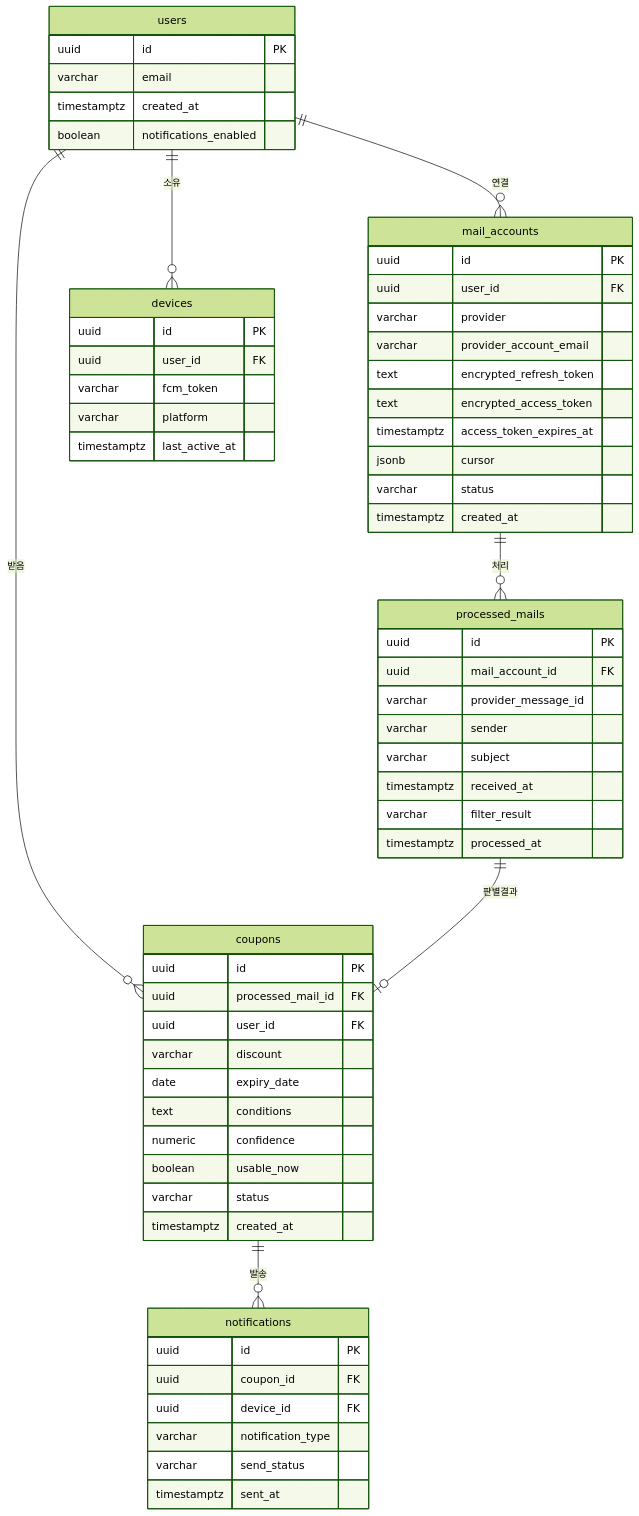
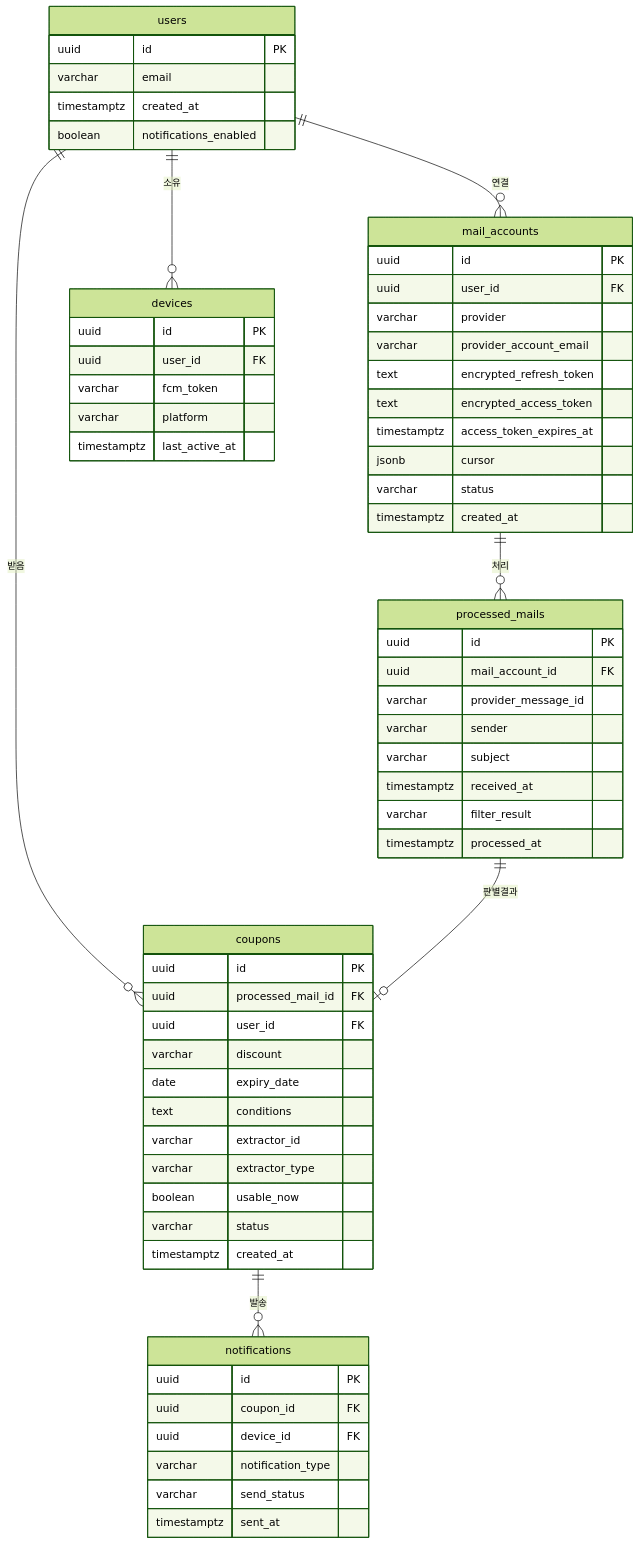
One commit to codingKermit/Coupi changed the diagram in docs/03-API-DB-스펙.md. Above: the diagram before and after it, drawn with Mermaid (forest theme). The commit also changed other lines of this file and 8 other files, not shown here.

````diff
--- a/docs/03-API-DB-스펙.md
+++ b/docs/03-API-DB-스펙.md
@@ -9,65 +9,66 @@
 ```mermaid
 erDiagram
     users ||--o{ mail_accounts : "연결"
     users ||--o{ devices : "소유"
     users ||--o{ coupons : "받음"
     mail_accounts ||--o{ processed_mails : "처리"
     processed_mails ||--o| coupons : "판별결과"
     coupons ||--o{ notifications : "발송"
 
     users {
         uuid id PK
         varchar email
         timestamptz created_at
         boolean notifications_enabled
     }
     mail_accounts {
         uuid id PK
         uuid user_id FK
         varchar provider
         varchar provider_account_email
         text encrypted_refresh_token
         text encrypted_access_token
         timestamptz access_token_expires_at
         jsonb cursor
         varchar status
         timestamptz created_at
     }
     processed_mails {
         uuid id PK
         uuid mail_account_id FK
         varchar provider_message_id
         varchar sender
         varchar subject
         timestamptz received_at
         varchar filter_result
         timestamptz processed_at
     }
     coupons {
         uuid id PK
         uuid processed_mail_id FK
         uuid user_id FK
         varchar discount
         date expiry_date
         text conditions
-        numeric confidence
+        varchar extractor_id
+        varchar extractor_type
         boolean usable_now
         varchar status
         timestamptz created_at
     }
     devices {
         uuid id PK
         uuid user_id FK
         varchar fcm_token
         varchar platform
         timestamptz last_active_at
     }
     notifications {
         uuid id PK
         uuid coupon_id FK
         uuid device_id FK
         varchar notification_type
         varchar send_status
         timestamptz sent_at
     }
 ```
````
